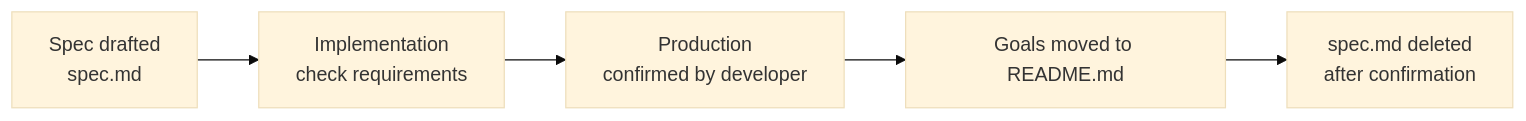
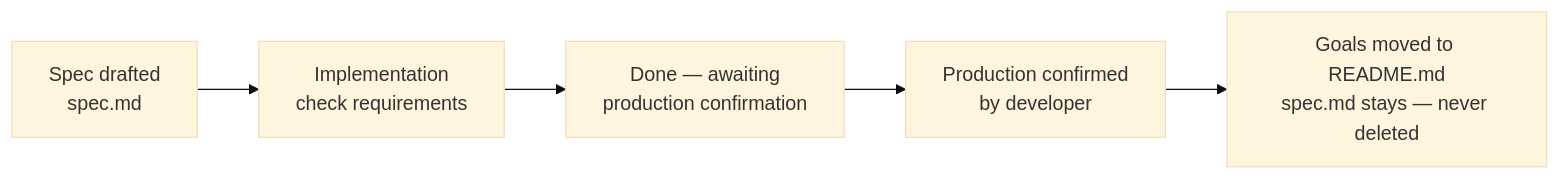
The diagram in docs/FEATURE_DOCS_RULES.md (Korya0/Sana), drawn with Mermaid (base theme) before and after one commit. The commit also changed other lines of this file and 26 other files, not shown here.

````diff
--- a/docs/FEATURE_DOCS_RULES.md
+++ b/docs/FEATURE_DOCS_RULES.md
@@ -39,7 +39,7 @@
 ```mermaid
 flowchart LR
   A[Spec drafted<br/>spec.md] --> B[Implementation<br/>check requirements]
-  B --> C[Production<br/>confirmed by developer]
-  C --> D[Goals moved to README.md]
-  D --> E[spec.md deleted<br/>after confirmation]
+  B --> C[Done — awaiting<br/>production confirmation]
+  C --> D[Production confirmed<br/>by developer]
+  D --> E[Goals moved to README.md<br/>spec.md stays — never deleted]
 ```
````
